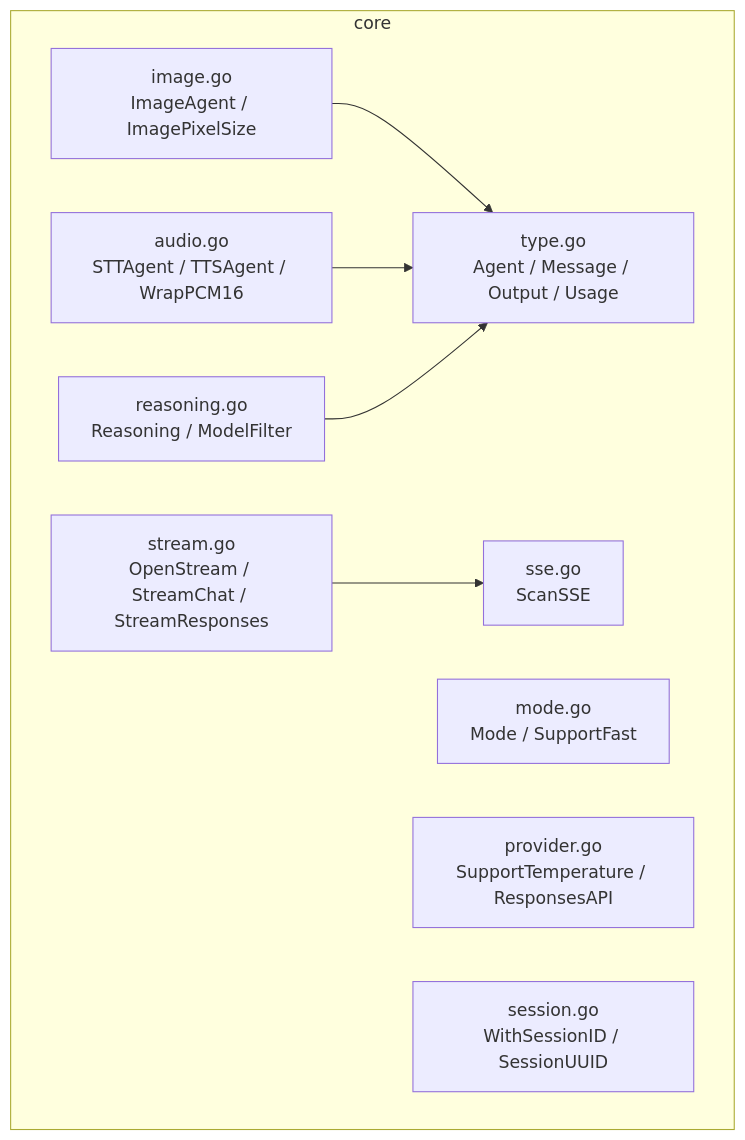
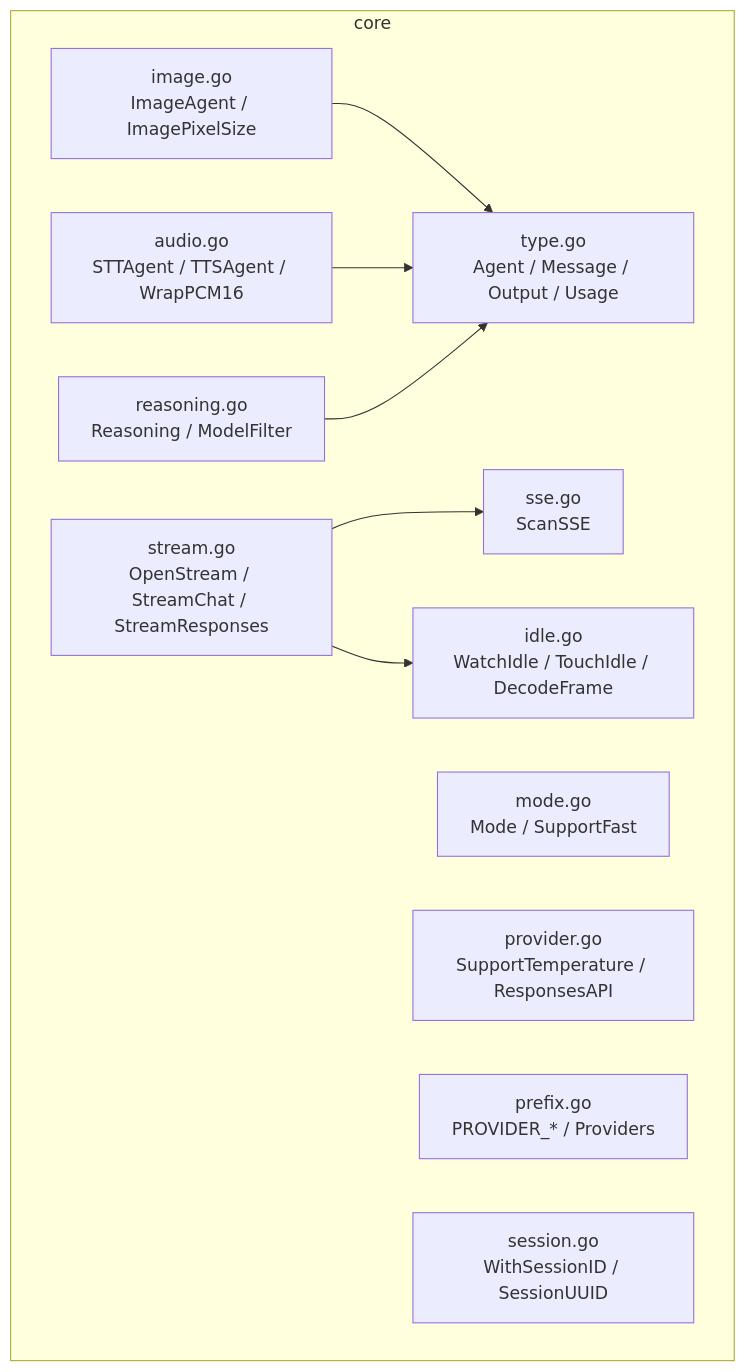
The second of 11 diagrams in doc/architecture.zh.md (pardnchiu/go-llm-router), drawn with Mermaid before and after one commit. The commit also changed other lines of this file and 5 other files, not shown here.

````diff
--- a/doc/architecture.zh.md
+++ b/doc/architecture.zh.md
@@ -49,18 +52,21 @@
 ```mermaid
 graph TB
     subgraph core
         Type[type.go<br/>Agent / Message / Output / Usage]
         Reasoning[reasoning.go<br/>Reasoning / ModelFilter]
         Mode[mode.go<br/>Mode / SupportFast]
         Provider[provider.go<br/>SupportTemperature / ResponsesAPI]
         Stream[stream.go<br/>OpenStream / StreamChat / StreamResponses]
         SSE[sse.go<br/>ScanSSE]
+        Idle[idle.go<br/>WatchIdle / TouchIdle / DecodeFrame]
+        Prefix[prefix.go<br/>PROVIDER_* / Providers]
         Image[image.go<br/>ImageAgent / ImagePixelSize]
         Audio[audio.go<br/>STTAgent / TTSAgent / WrapPCM16]
         Session[session.go<br/>WithSessionID / SessionUUID]
     end
     Stream --> SSE
+    Stream --> Idle
     Image --> Type
     Audio --> Type
     Reasoning --> Type
 ```
````
